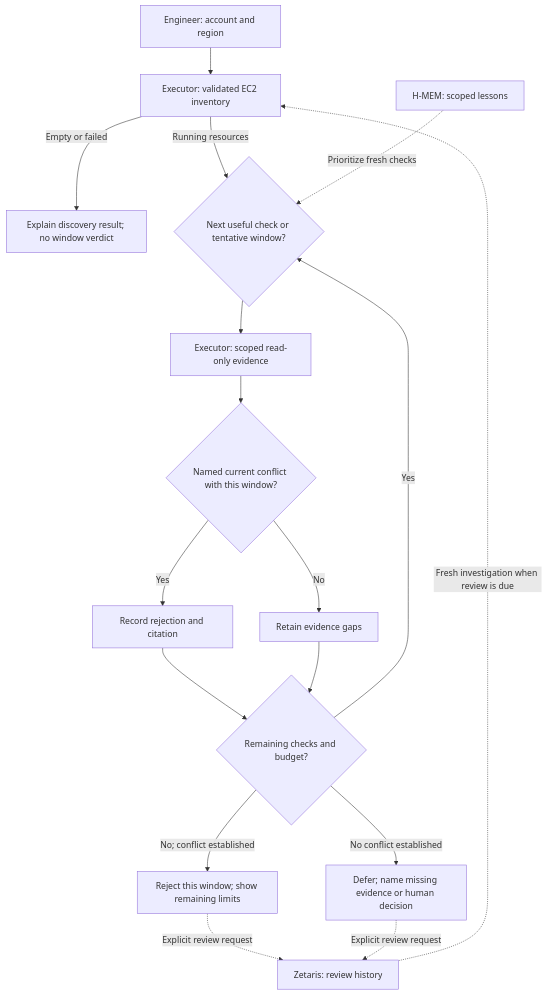
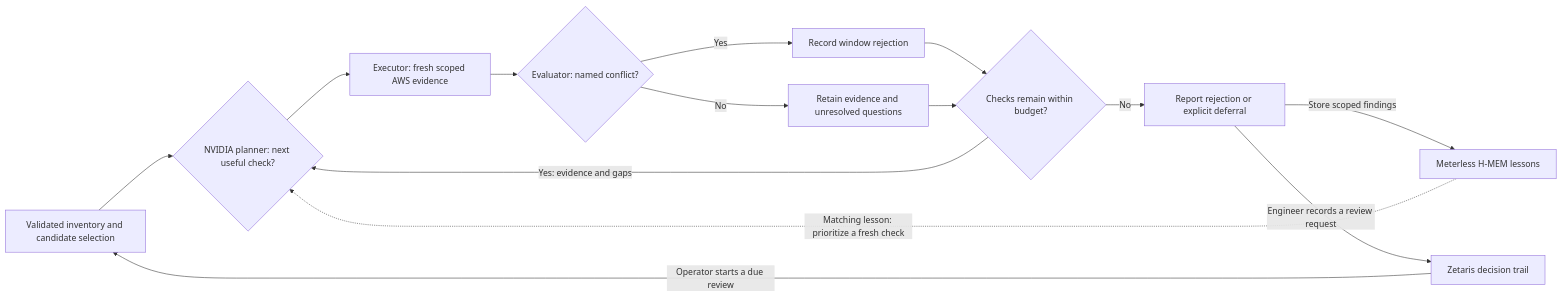
Before and after one commit to milaforge/cloud-cost-investigator: the diagram in slides.md, drawn with Mermaid. The commit also changed other lines of this file and 8 other files, not shown here.

````diff
--- a/slides.md
+++ b/slides.md
@@ -35,19 +42,16 @@
 ```mermaid
-flowchart TD
-    U[Engineer: account and region] --> I[Executor: validated EC2 inventory]
-    I -->|Empty or failed| N[Explain discovery result; no window verdict]
-    I -->|Running resources| P{Next useful check or tentative window?}
-    P --> X[Executor: scoped read-only evidence]
-    X --> E{Named current conflict with this window?}
-    E -->|Yes| R[Record rejection and citation]
-    E -->|No| G[Retain evidence gaps]
-    R --> Q{Remaining checks and budget?}
+flowchart LR
+    I[Validated inventory and candidate selection] --> P{NVIDIA planner: next useful check?}
+    P --> X[Executor: fresh scoped AWS evidence]
+    X --> E{Evaluator: named conflict?}
+    E -->|Yes| R[Record window rejection]
+    E -->|No| G[Retain evidence and unresolved questions]
+    R --> Q{Checks remain within budget?}
     G --> Q
-    Q -->|Yes| P
-    Q -->|No; conflict established| O[Reject this window; show remaining limits]
-    Q -->|No conflict established| D[Defer; name missing evidence or human decision]
-    H[H-MEM: scoped lessons] -. Prioritize fresh checks .-> P
-    O -. Explicit review request .-> Z[Zetaris: review history]
-    D -. Explicit review request .-> Z
-    Z -. Fresh investigation when review is due .-> I
+    Q -->|Yes: evidence and gaps| P
+    Q -->|No| O[Report rejection or explicit deferral]
+    O -->|Store scoped findings| H[Meterless H-MEM lessons]
+    H -. Matching lesson: prioritize a fresh check .-> P
+    O -->|Engineer records a review request| Z[Zetaris decision trail]
+    Z -->|Operator starts a due review| I
 ```
````
